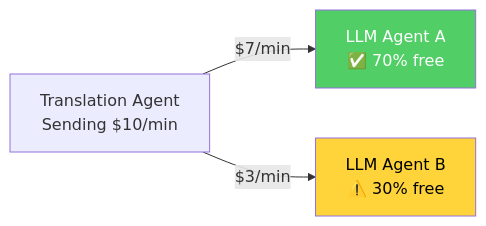
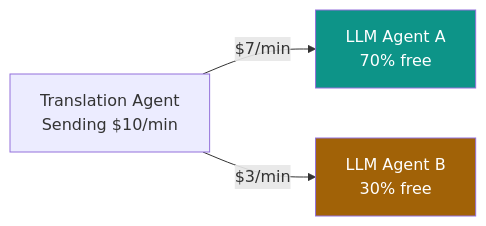
One commit to backproto/backproto changed the second of 16 diagrams in website/explainer.md. Above: the diagram before and after it, drawn with Mermaid. The commit also changed other lines of this file and 7 other files, not shown here.

First line of the commit message:
refactor(explainer): modernize diagrams and polish text

````diff
--- a/website/explainer.md
+++ b/website/explainer.md
@@ -73,8 +73,8 @@
 ```mermaid
 graph LR
-    A[Translation Agent<br/>Sending $10/min] -->|$7/min| B[LLM Agent A<br/>✅ 70% free]
-    A -->|$3/min| C[LLM Agent B<br/>⚠️ 30% free]
+    A[Translation Agent<br/>Sending $10/min] -->|$7/min| B[LLM Agent A<br/>70% free]
+    A -->|$3/min| C[LLM Agent B<br/>30% free]
 
-    style B fill:#51cf66,color:#fff
-    style C fill:#ffd43b,color:#000
+    style B fill:#0d9488,color:#fff
+    style C fill:#a16207,color:#fff
 ```
````
